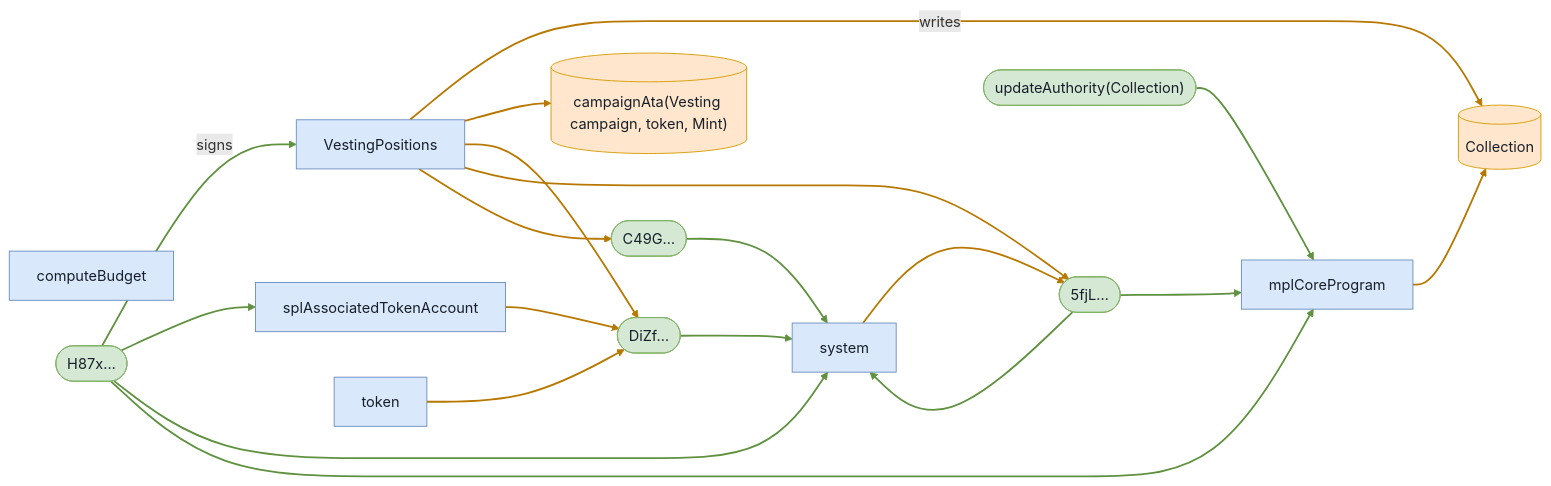
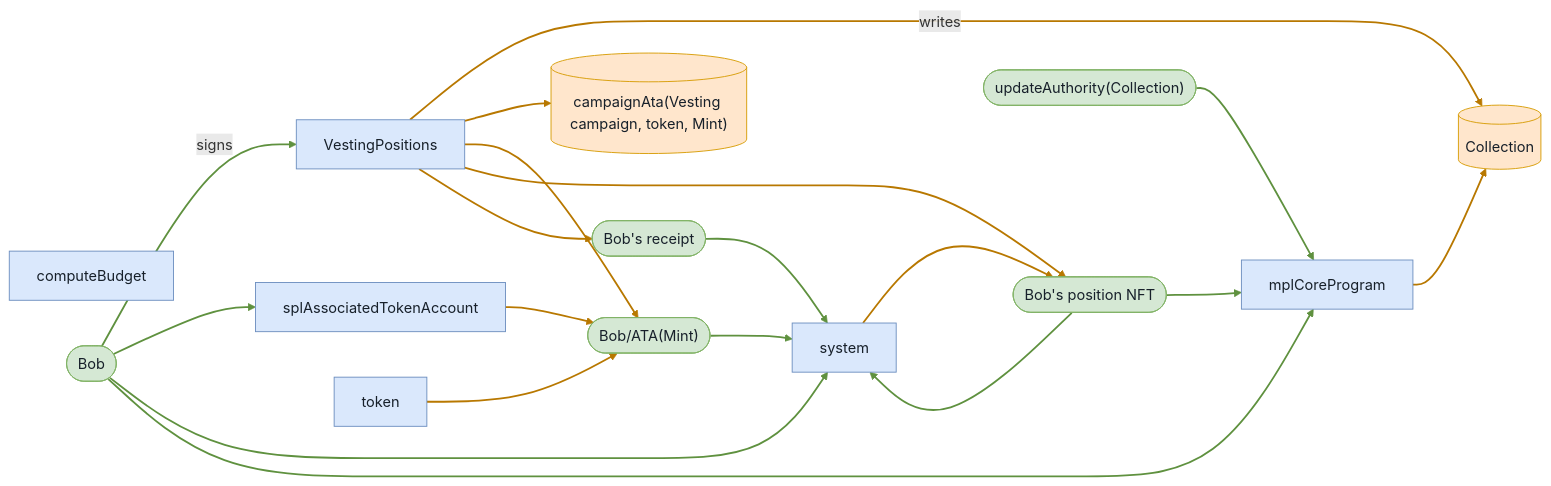
The fifth of 9 diagrams in babelfish-tests/test-report/scenario_6_not_owner_subsequent_claim_fails.md (cds-turbin3/vesting-position), drawn with Mermaid before and after one commit. The commit also changed other lines of this file and 104 other files, not shown here.

````diff
--- a/babelfish-tests/test-report/scenario_6_not_owner_subsequent_claim_fails.md
+++ b/babelfish-tests/test-report/scenario_6_not_owner_subsequent_claim_fails.md
@@ -278,39 +278,39 @@
 ```mermaid
 flowchart LR
     computeBudget["computeBudget"]:::program
     VestingPositions["VestingPositions"]:::program
-    H87x(["H87x…"]):::signer
+    Bob(["Bob"]):::signer
     Collection[("Collection")]:::state
     campaignAtaVestingcampaigntokenMint[("campaignAta(Vesting campaign, token, Mint)")]:::state
-    DiZf(["DiZf…"]):::signer
-    n5fjL(["5fjL…"]):::signer
-    C49G(["C49G…"]):::signer
+    BobATAMint(["Bob/ATA(Mint)"]):::signer
+    BobspositionNFT(["Bob's position NFT"]):::signer
+    Bobsreceipt(["Bob's receipt"]):::signer
     splAssociatedTokenAccount["splAssociatedTokenAccount"]:::program
     token["token"]:::program
     system["system"]:::program
     mplCoreProgram["mplCoreProgram"]:::program
     updateAuthorityCollection(["updateAuthority(Collection)"]):::signer
-    H87x -->|signs| VestingPositions
+    Bob -->|signs| VestingPositions
     VestingPositions -->|writes| Collection
     VestingPositions --> campaignAtaVestingcampaigntokenMint
-    VestingPositions --> DiZf
-    VestingPositions --> n5fjL
-    VestingPositions --> C49G
-    H87x --> splAssociatedTokenAccount
-    splAssociatedTokenAccount --> DiZf
-    H87x --> system
-    DiZf --> system
-    token --> DiZf
-    C49G --> system
-    n5fjL --> mplCoreProgram
+    VestingPositions --> BobATAMint
+    VestingPositions --> BobspositionNFT
+    VestingPositions --> Bobsreceipt
+    Bob --> splAssociatedTokenAccount
+    splAssociatedTokenAccount --> BobATAMint
+    Bob --> system
+    BobATAMint --> system
+    token --> BobATAMint
+    Bobsreceipt --> system
+    BobspositionNFT --> mplCoreProgram
     mplCoreProgram --> Collection
     updateAuthorityCollection --> mplCoreProgram
-    H87x --> mplCoreProgram
-    n5fjL --> system
-    system --> n5fjL
+    Bob --> mplCoreProgram
+    BobspositionNFT --> system
+    system --> BobspositionNFT
     classDef program fill:#dae8fc,stroke:#6c8ebf,color:#17202a;
     classDef signer fill:#d5e8d4,stroke:#82b366,color:#17202a;
     classDef state fill:#ffe6cc,stroke:#d79b00,color:#17202a;
     linkStyle 0,6,8,9,11,12,14,15,16 stroke:#5f913f,stroke-width:2px
     linkStyle 1,2,3,4,5,7,10,13,17 stroke:#b87800,stroke-width:2px
 ```
````
